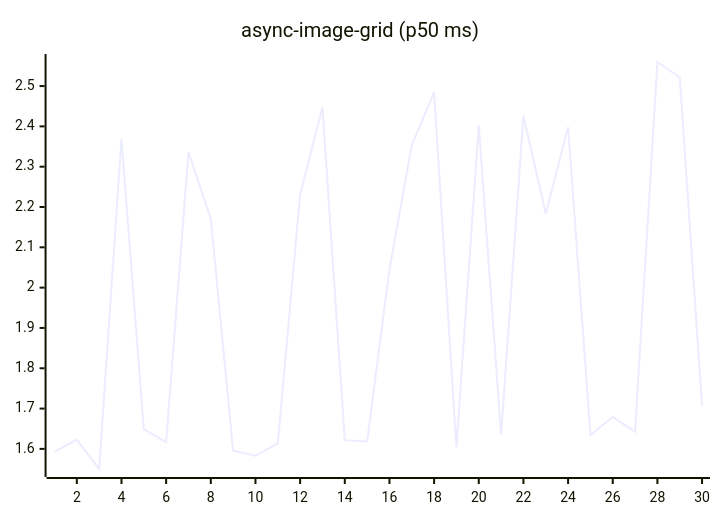
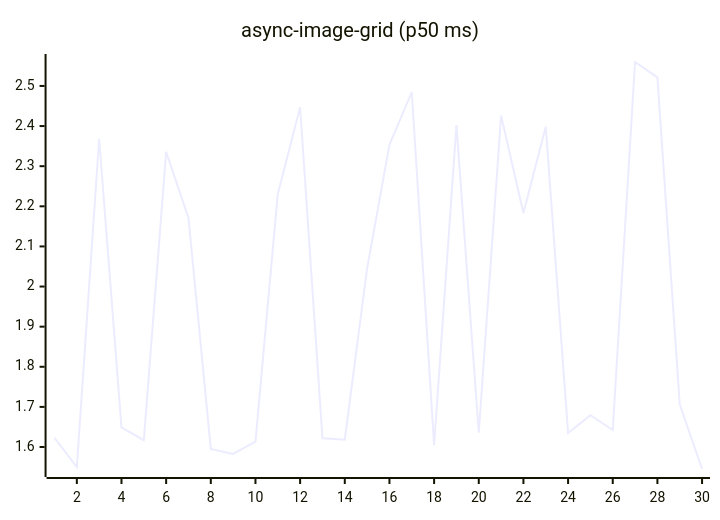
Before and after one commit to josha/Facet: the fifth of 27 diagrams in README.md, drawn with Mermaid. The commit also changed other lines of this file and 2 other files, not shown here.

````diff
--- a/README.md
+++ b/README.md
@@ -91,6 +91,6 @@
 ```mermaid
 xychart-beta
     title "async-image-grid (p50 ms)"
     x-axis 1 --> 30
-    line [1.5928, 1.6229, 1.5501, 2.3685, 1.6487, 1.6169, 2.3355, 2.1710, 1.5954, 1.5829, 1.6137, 2.2308, 2.4470, 1.6216, 1.6184, 2.0452, 2.3531, 2.4847, 1.6045, 2.4025, 1.6357, 2.4260, 2.1835, 2.3985, 1.6346, 1.6792, 1.6424, 2.5597, 2.5214, 1.7066]
+    line [1.6229, 1.5501, 2.3685, 1.6487, 1.6169, 2.3355, 2.1710, 1.5954, 1.5829, 1.6137, 2.2308, 2.4470, 1.6216, 1.6184, 2.0452, 2.3531, 2.4847, 1.6045, 2.4025, 1.6357, 2.4260, 2.1835, 2.3985, 1.6346, 1.6792, 1.6424, 2.5597, 2.5214, 1.7066, 1.5452]
 ```
````
